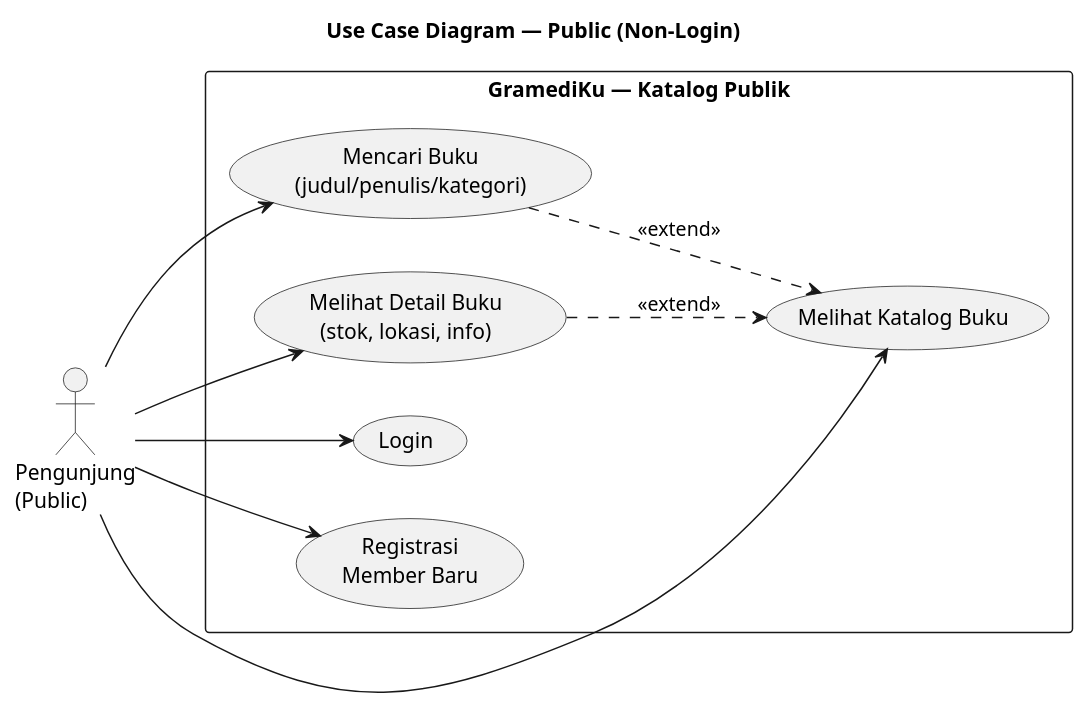
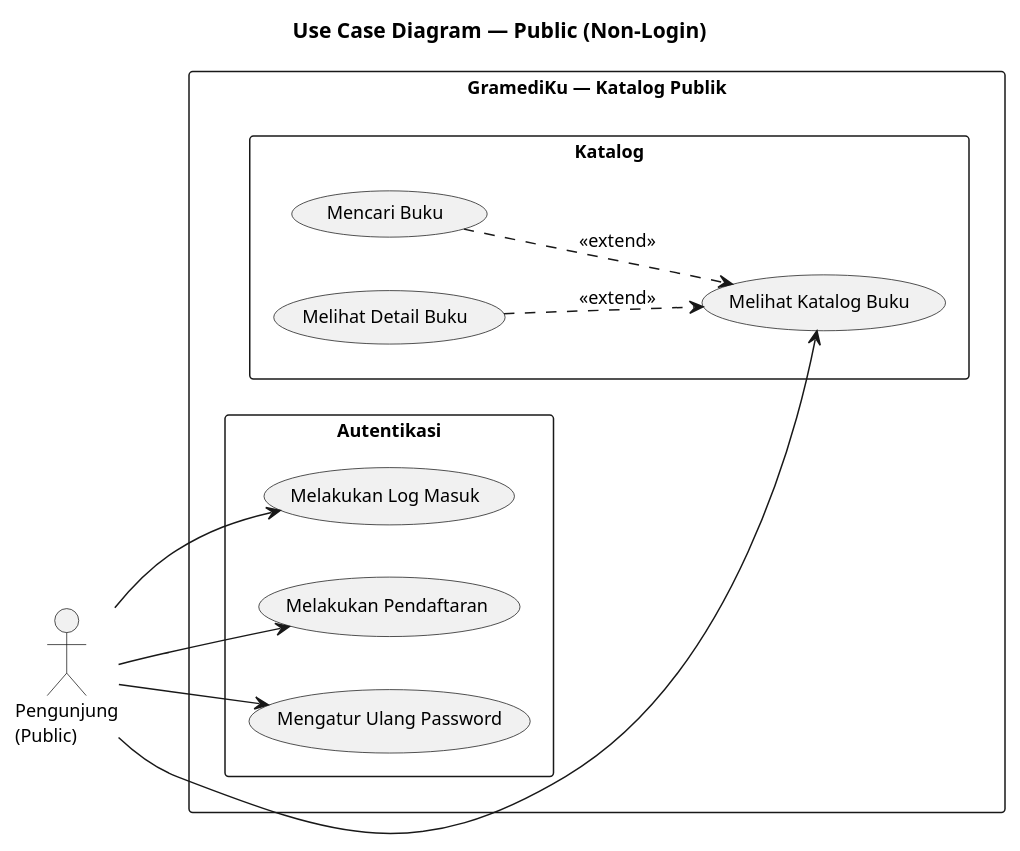
The diagram in docs/use-cases/public.puml (CallMeJaja/sistem-manajemen-perpustakaan), drawn with PlantUML before and after one commit. The commit also changed 29 other files, not shown here.

```diff
--- a/docs/use-cases/public.puml
+++ b/docs/use-cases/public.puml
@@ -1,26 +1,33 @@
 @startuml
 title Use Case Diagram — Public (Non-Login)
 
+skinparam defaultFontSize 12
+skinparam packageFontSize 11
+skinparam packageStyle rectangle
 left to right direction
-skinparam packageStyle rectangle
 
 actor "Pengunjung\n(Public)" as Public
 
 rectangle "GramediKu — Katalog Publik" {
-  usecase "Melihat Katalog Buku" as UC1
-  usecase "Mencari Buku\n(judul/penulis/kategori)" as UC2
-  usecase "Melihat Detail Buku\n(stok, lokasi, info)" as UC3
-  usecase "Login" as UC4
-  usecase "Registrasi\nMember Baru" as UC5
+  package "Katalog" {
+    usecase "Melihat Katalog Buku" as UC1
+    usecase "Mencari Buku" as UC2
+    usecase "Melihat Detail Buku" as UC3
+  }
+
+  package "Autentikasi" {
+    usecase "Melakukan Log Masuk" as UC4
+    usecase "Melakukan Pendaftaran" as UC5
+    usecase "Mengatur Ulang Password" as UC6
+  }
 }
 
 Public --> UC1
-Public --> UC2
-Public --> UC3
 Public --> UC4
 Public --> UC5
+Public --> UC6
 
 UC2 ..> UC1 : <<extend>>
 UC3 ..> UC1 : <<extend>>
 
 @enduml
```
